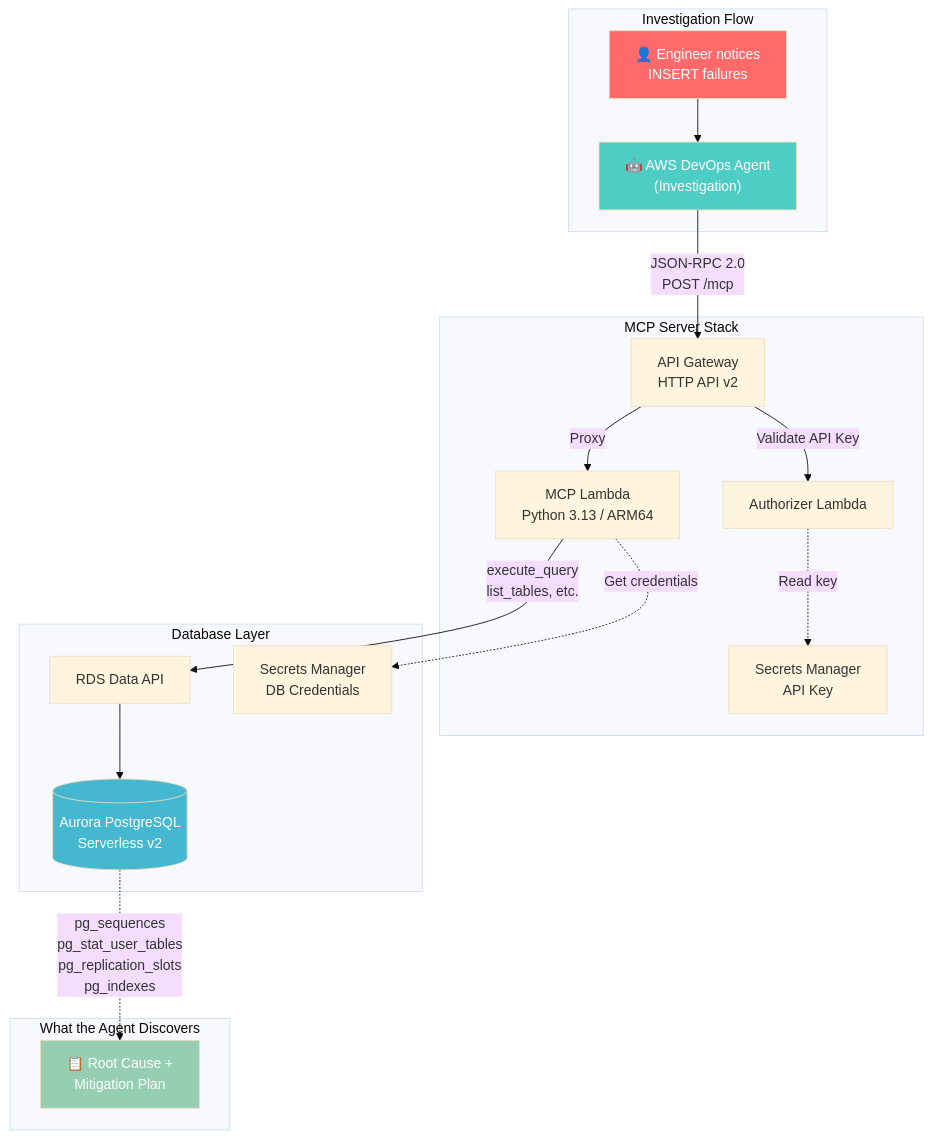
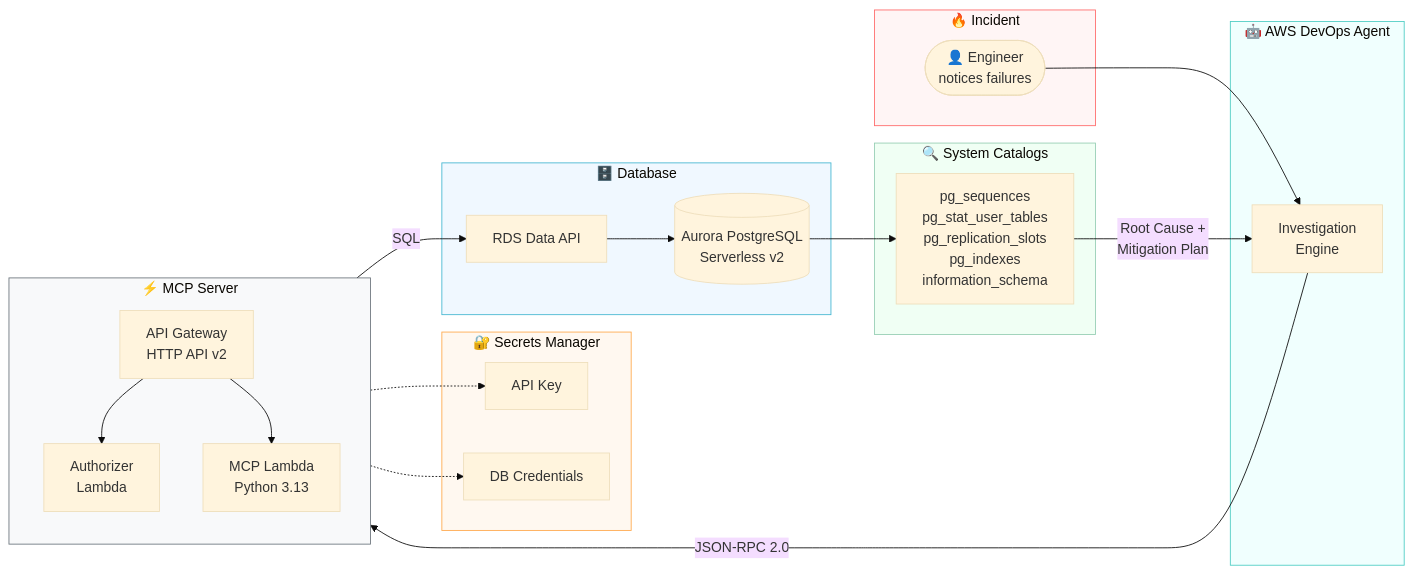
One commit to hamiehg/aws-devops-agent-databases changed the first of 2 diagrams in README.md. Above: the diagram before and after it, drawn with Mermaid (base theme). The commit also changed other lines of this file, not shown here.

Commit message:
Expand DevOps Agent registration steps in README

````diff
--- a/README.md
+++ b/README.md
@@ -44,28 +44,49 @@
 ```mermaid
-flowchart TB
-    subgraph "Investigation Flow"
-        A["👤 Engineer notices<br/>INSERT failures"] --> B["🤖 AWS DevOps Agent<br/>(Investigation)"]
+flowchart LR
+    subgraph trigger [" 🔥 Incident "]
+        A(["👤 Engineer<br/>notices failures"])
     end
 
-    subgraph "MCP Server Stack"
-        B -->|"JSON-RPC 2.0<br/>POST /mcp"| C["API Gateway<br/>HTTP API v2"]
-        C -->|"Validate API Key"| D["Authorizer Lambda"]
-        D -.->|"Read key"| E["Secrets Manager<br/>API Key"]
-        C -->|"Proxy"| F["MCP Lambda<br/>Python 3.13 / ARM64"]
+    subgraph agent [" 🤖 AWS DevOps Agent "]
+        B["Investigation<br/>Engine"]
     end
 
-    subgraph "Database Layer"
-        F -->|"execute_query<br/>list_tables, etc."| G["RDS Data API"]
-        F -.->|"Get credentials"| H["Secrets Manager<br/>DB Credentials"]
-        G --> I[("Aurora PostgreSQL<br/>Serverless v2")]
+    subgraph mcp [" ⚡ MCP Server "]
+        direction TB
+        C["API Gateway<br/>HTTP API v2"]
+        D["Authorizer<br/>Lambda"]
+        E["MCP Lambda<br/>Python 3.13"]
+        C --> D
+        C --> E
     end
 
-    subgraph "What the Agent Discovers"
-        I -.->|"pg_sequences<br/>pg_stat_user_tables<br/>pg_replication_slots<br/>pg_indexes"| J["📋 Root Cause +<br/>Mitigation Plan"]
+    subgraph secrets [" 🔐 Secrets Manager "]
+        F["API Key"]
+        G["DB Credentials"]
     end
 
-    style A fill:#ff6b6b,color:#fff
-    style B fill:#4ecdc4,color:#fff
-    style I fill:#45b7d1,color:#fff
-    style J fill:#96ceb4,color:#fff
+    subgraph db [" 🗄️ Database "]
+        H["RDS Data API"]
+        I[("Aurora PostgreSQL<br/>Serverless v2")]
+        H --> I
+    end
+
+    subgraph catalogs [" 🔍 System Catalogs "]
+        J["pg_sequences<br/>pg_stat_user_tables<br/>pg_replication_slots<br/>pg_indexes<br/>information_schema"]
+    end
+
+    A --> B
+    B -->|"JSON-RPC 2.0"| C
+    D -.-> F
+    E -.-> G
+    E -->|"SQL"| H
+    I --> J
+    J -->|"Root Cause +<br/>Mitigation Plan"| B
+
+    style trigger fill:#fff5f5,stroke:#ff6b6b
+    style agent fill:#f0fffe,stroke:#4ecdc4
+    style mcp fill:#f8f9fa,stroke:#6c757d
+    style db fill:#f0f8ff,stroke:#45b7d1
+    style catalogs fill:#f0fff4,stroke:#96ceb4
+    style secrets fill:#fff8f0,stroke:#ffa94d
 ```
````
